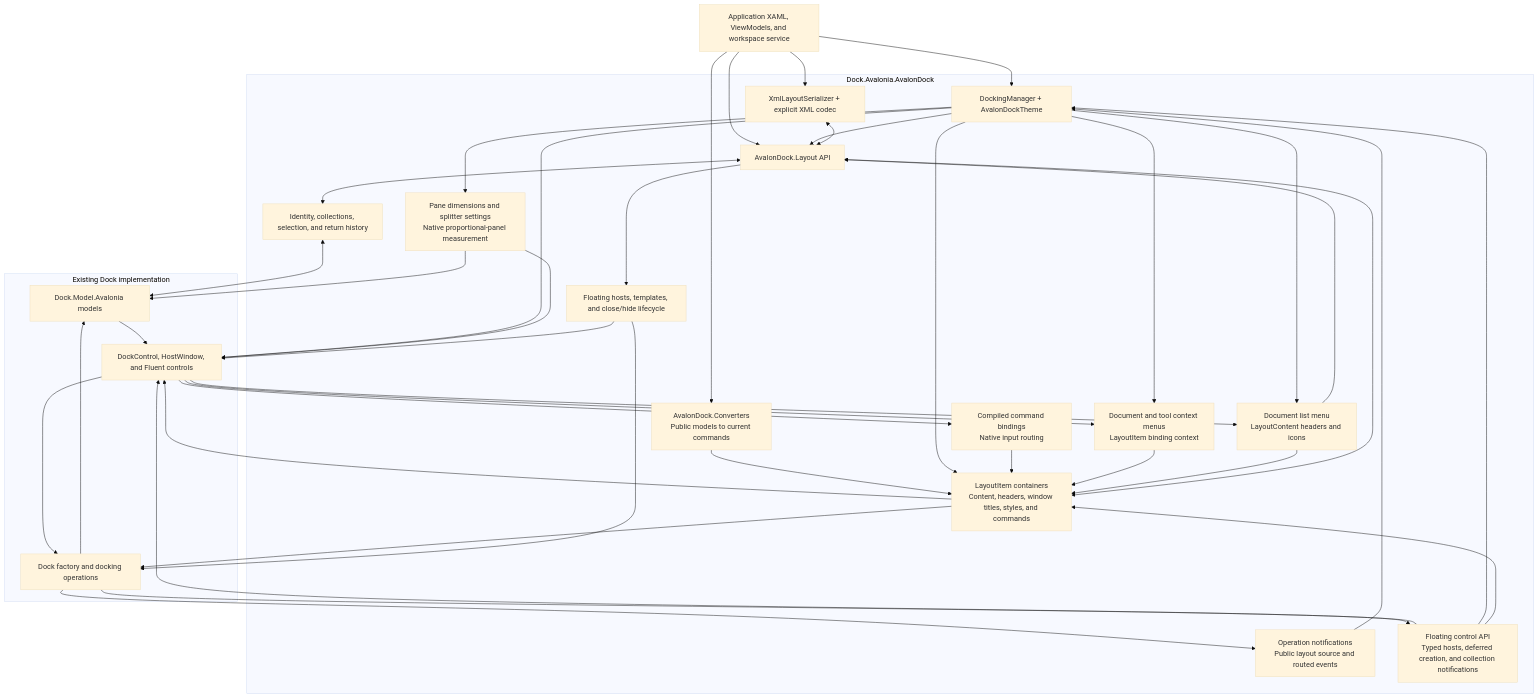
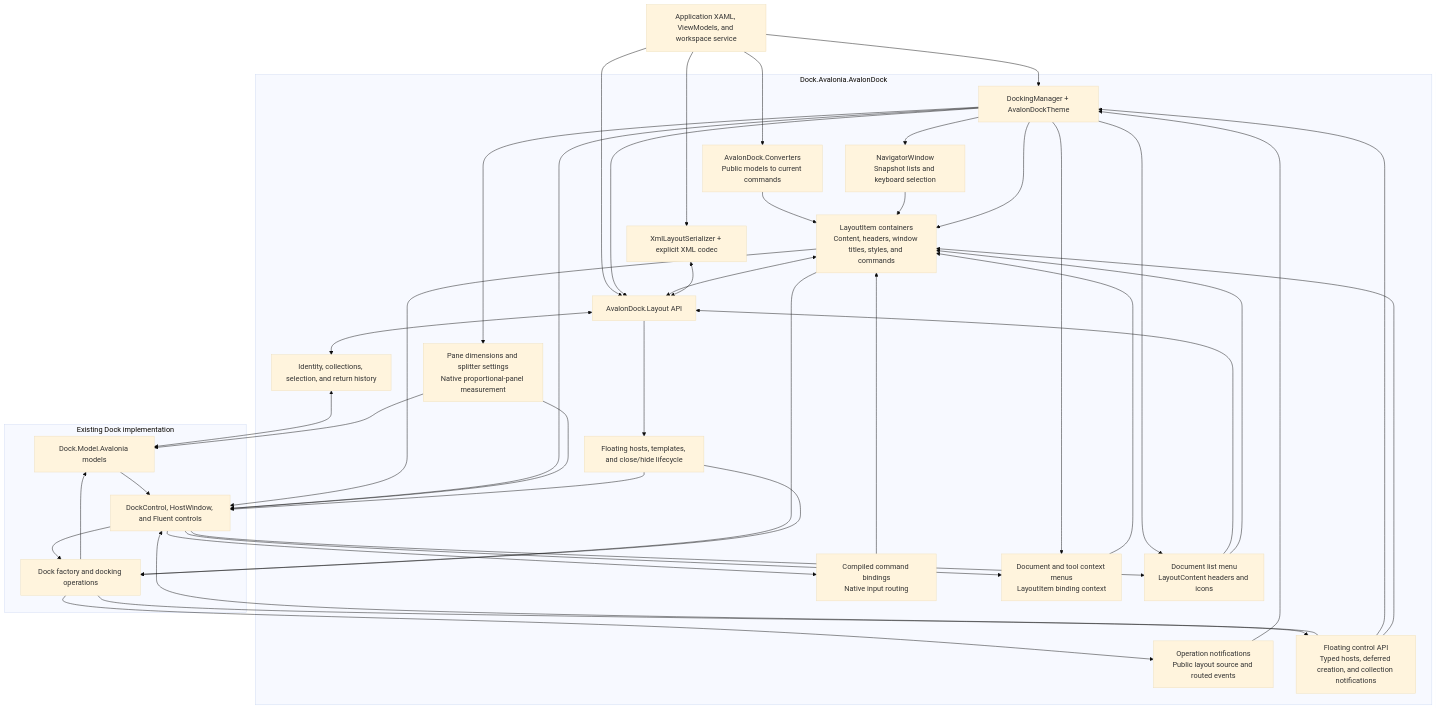
One commit to wieslawsoltes/Dock changed the diagram in docfx/articles/dock-avalondock.md. Above: the diagram before and after it, drawn with Mermaid (base theme). The commit also changed other lines of this file and 5 other files, not shown here.

````diff
--- a/docfx/articles/dock-avalondock.md
+++ b/docfx/articles/dock-avalondock.md
@@ -871,62 +931,65 @@
 ```mermaid
 flowchart TB
     App["Application XAML, ViewModels, and workspace service"]
     subgraph Compatibility["Dock.Avalonia.AvalonDock"]
         Manager["DockingManager + AvalonDockTheme"]
         Layout["AvalonDock.Layout API"]
         Items["LayoutItem containers<br/>Content, headers, window titles, styles, and commands"]
         Commands["Compiled command bindings<br/>Native input routing"]
         Converters["AvalonDock.Converters<br/>Public models to current commands"]
+        Navigator["NavigatorWindow<br/>Snapshot lists and keyboard selection"]
         Menus["Document and tool context menus<br/>LayoutItem binding context"]
         DocumentList["Document list menu<br/>LayoutContent headers and icons"]
         Bridge["Identity, collections, selection, and return history"]
         Sizing["Pane dimensions and splitter settings<br/>Native proportional-panel measurement"]
         Lifecycle["Floating hosts, templates, and close/hide lifecycle"]
         Events["Operation notifications<br/>Public layout source and routed events"]
         Hosts["Floating control API<br/>Typed hosts, deferred creation, and collection notifications"]
         Xml["XmlLayoutSerializer + explicit XML codec"]
     end
     subgraph Native["Existing Dock implementation"]
         Models["Dock.Model.Avalonia models"]
         Factory["Dock factory and docking operations"]
         Controls["DockControl, HostWindow, and Fluent controls"]
     end
     App --> Manager
     App --> Converters
     Converters --> Items
+    Manager --> Navigator
+    Navigator --> Items
     App --> Layout
     App --> Xml
     Manager --> Layout
     Manager --> Items
     Items <--> Layout
     Items --> Factory
     Items --> Controls
     Controls --> Commands
     Commands --> Items
     Manager --> Menus
     Controls --> Menus
     Menus --> Items
     Manager --> DocumentList
     Controls --> DocumentList
     DocumentList --> Layout
     DocumentList --> Items
     Manager --> Controls
     Layout <--> Bridge
     Bridge <--> Models
     Manager --> Sizing
     Sizing --> Models
     Sizing --> Controls
     Layout --> Lifecycle
     Lifecycle --> Factory
     Lifecycle --> Controls
     Controls --> Factory
     Factory --> Models
     Factory --> Events
     Events --> Manager
     Factory --> Hosts
     Hosts --> Controls
     Hosts --> Manager
     Hosts --> Items
     Models --> Controls
     Xml <--> Layout
 ```
````
